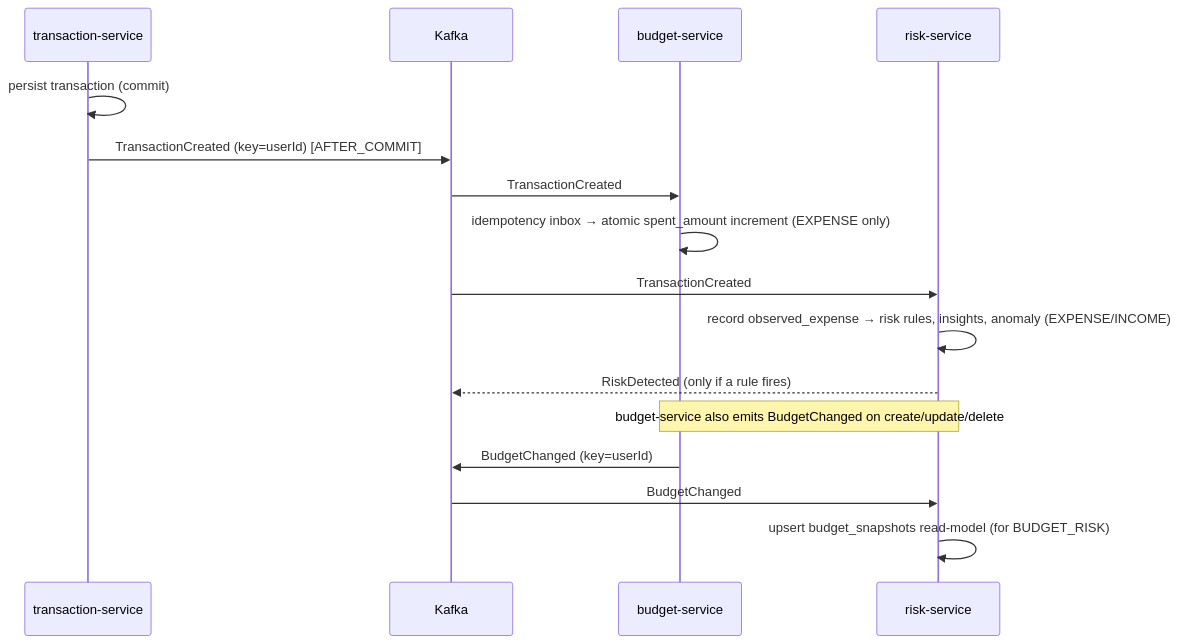
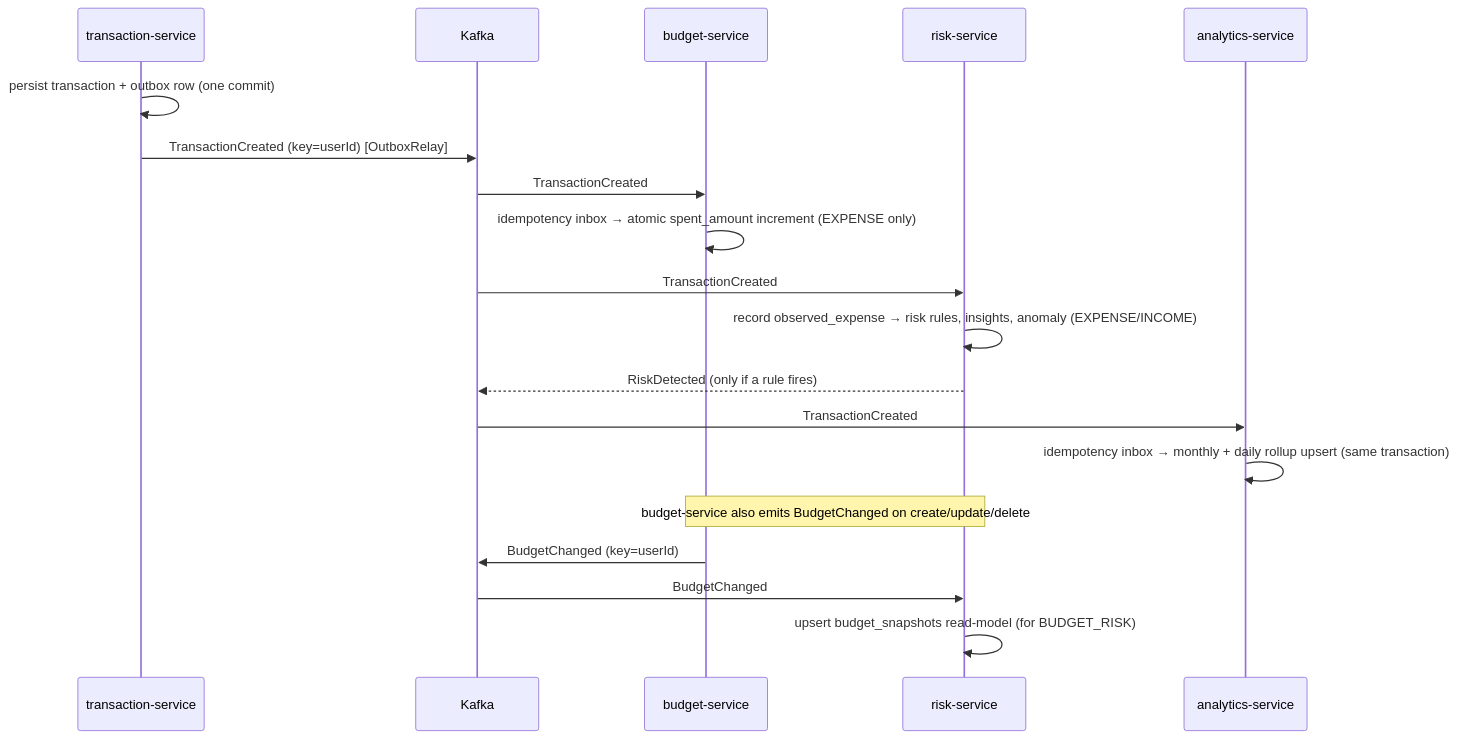
One commit to Trieu-hub/finsight-platform changed the fourth of 4 diagrams in docs/architecture.md. Above: the diagram before and after it, drawn with Mermaid. The commit also changed other lines of this file, not shown here.

Commit message:
docs: bring the architecture doc back in line with the code

````diff
--- a/docs/architecture.md
+++ b/docs/architecture.md
@@ -265,20 +314,23 @@
 ```mermaid
 sequenceDiagram
   participant T as transaction-service
   participant K as Kafka
   participant B as budget-service
   participant R as risk-service
+  participant A as analytics-service
 
-  T->>T: persist transaction (commit)
-  T->>K: TransactionCreated (key=userId) [AFTER_COMMIT]
+  T->>T: persist transaction + outbox row (one commit)
+  T->>K: TransactionCreated (key=userId) [OutboxRelay]
   K->>B: TransactionCreated
   B->>B: idempotency inbox → atomic spent_amount increment (EXPENSE only)
   K->>R: TransactionCreated
   R->>R: record observed_expense → risk rules, insights, anomaly (EXPENSE/INCOME)
   R-->>K: RiskDetected (only if a rule fires)
+  K->>A: TransactionCreated
+  A->>A: idempotency inbox → monthly + daily rollup upsert (same transaction)
 
   Note over B,R: budget-service also emits BudgetChanged on create/update/delete
   B->>K: BudgetChanged (key=userId)
   K->>R: BudgetChanged
   R->>R: upsert budget_snapshots read-model (for BUDGET_RISK)
 ```
````
